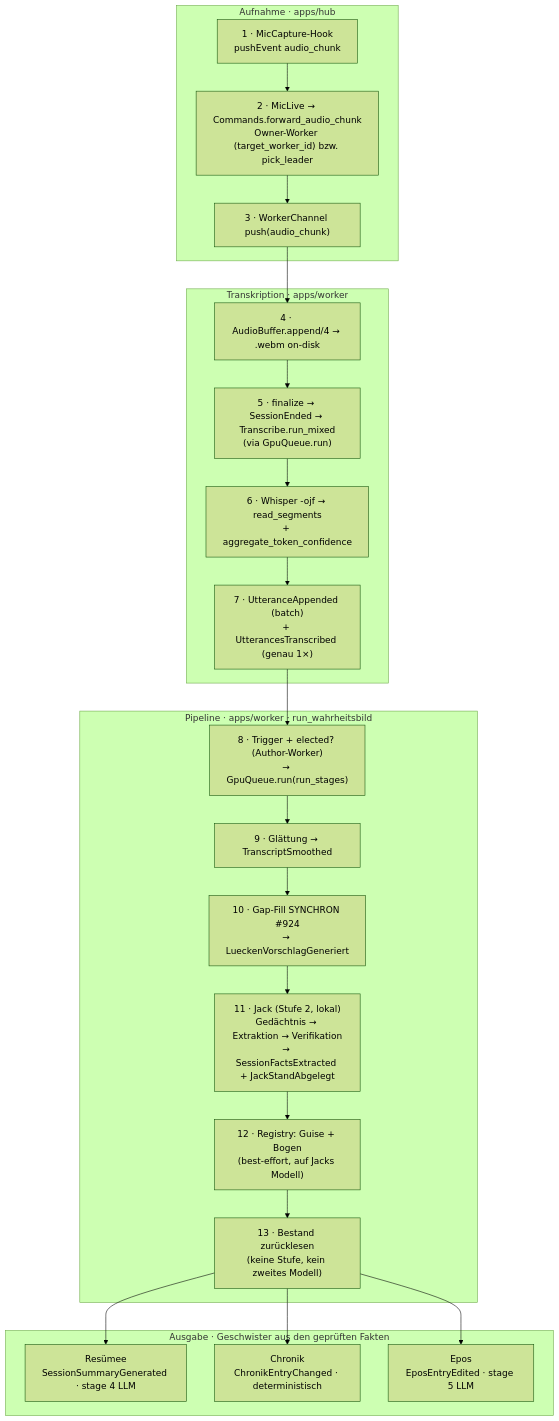
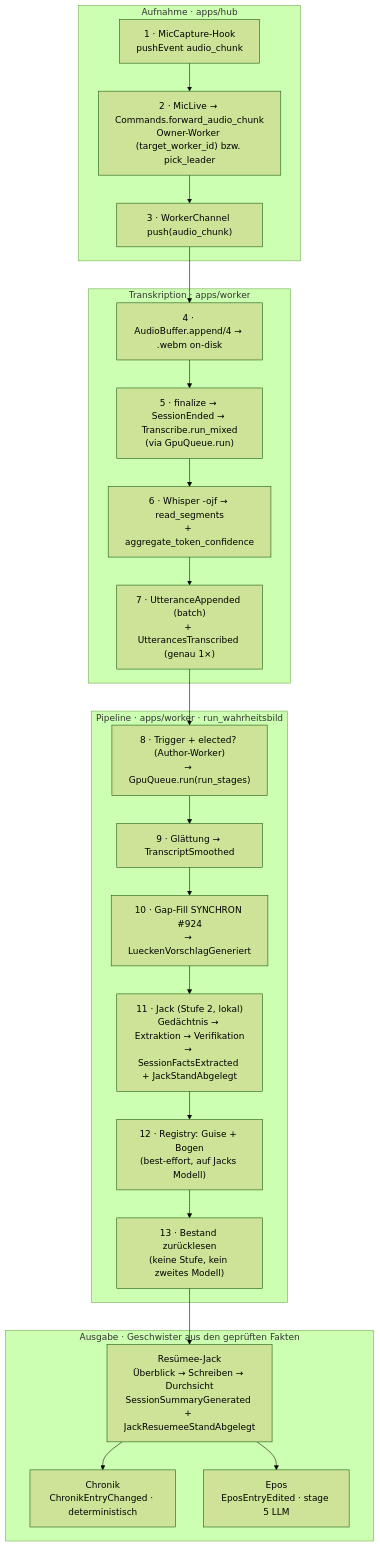
Before and after one commit to thschwald-byte/lore-tracker: the diagram in docs/Pipeline-Flow.md, drawn with Mermaid (forest theme). The commit also changed other lines of this file and 53 other files, not shown here.

First line of the commit message:
#1209 B4: Resümee-Jack in der Pipeline

````diff
--- a/docs/Pipeline-Flow.md
+++ b/docs/Pipeline-Flow.md
@@ -21,33 +21,33 @@
 ```mermaid
 flowchart TD
   subgraph A["Aufnahme · apps/hub"]
     A1["1 · MicCapture-Hook<br/>pushEvent audio_chunk"]
     A2["2 · MicLive → Commands.forward_audio_chunk<br/>Owner-Worker (target_worker_id) bzw. pick_leader"]
     A3["3 · WorkerChannel push(audio_chunk)"]
   end
   subgraph B["Transkription · apps/worker"]
     B4["4 · AudioBuffer.append/4 → .webm on-disk"]
     B5["5 · finalize → SessionEnded → Transcribe.run_mixed<br/>(via GpuQueue.run)"]
     B6["6 · Whisper -ojf → read_segments<br/>+ aggregate_token_confidence"]
     B7["7 · UtteranceAppended (batch)<br/>+ UtterancesTranscribed (genau 1×)"]
   end
   subgraph C["Pipeline · apps/worker · run_wahrheitsbild"]
     C8["8 · Trigger + elected? (Author-Worker)<br/>→ GpuQueue.run(run_stages)"]
     C9["9 · Glättung → TranscriptSmoothed"]
     C10["10 · Gap-Fill SYNCHRON #924<br/>→ LueckenVorschlagGeneriert"]
     C11["11 · Jack (Stufe 2, lokal)<br/>Gedächtnis → Extraktion → Verifikation<br/>→ SessionFactsExtracted + JackStandAbgelegt"]
     C12["12 · Registry: Guise + Bogen<br/>(best-effort, auf Jacks Modell)"]
     C13["13 · Bestand zurücklesen<br/>(keine Stufe, kein zweites Modell)"]
   end
   subgraph OUT["Ausgabe · Geschwister aus den geprüften Fakten"]
-    O1["Resümee<br/>SessionSummaryGenerated · stage 4 LLM"]
+    O1["Resümee-Jack<br/>Überblick → Schreiben → Durchsicht<br/>SessionSummaryGenerated + JackResuemeeStandAbgelegt"]
     O2["Chronik<br/>ChronikEntryChanged · deterministisch"]
     O3["Epos<br/>EposEntryEdited · stage 5 LLM"]
   end
   A1 --> A2 --> A3 --> B4
   B4 --> B5 --> B6 --> B7 --> C8
   C8 --> C9 --> C10 --> C11 --> C12 --> C13
   C13 --> O1
-  C13 --> O2
-  C13 --> O3
+  O1 --> O2
+  O1 --> O3
 ```
````
